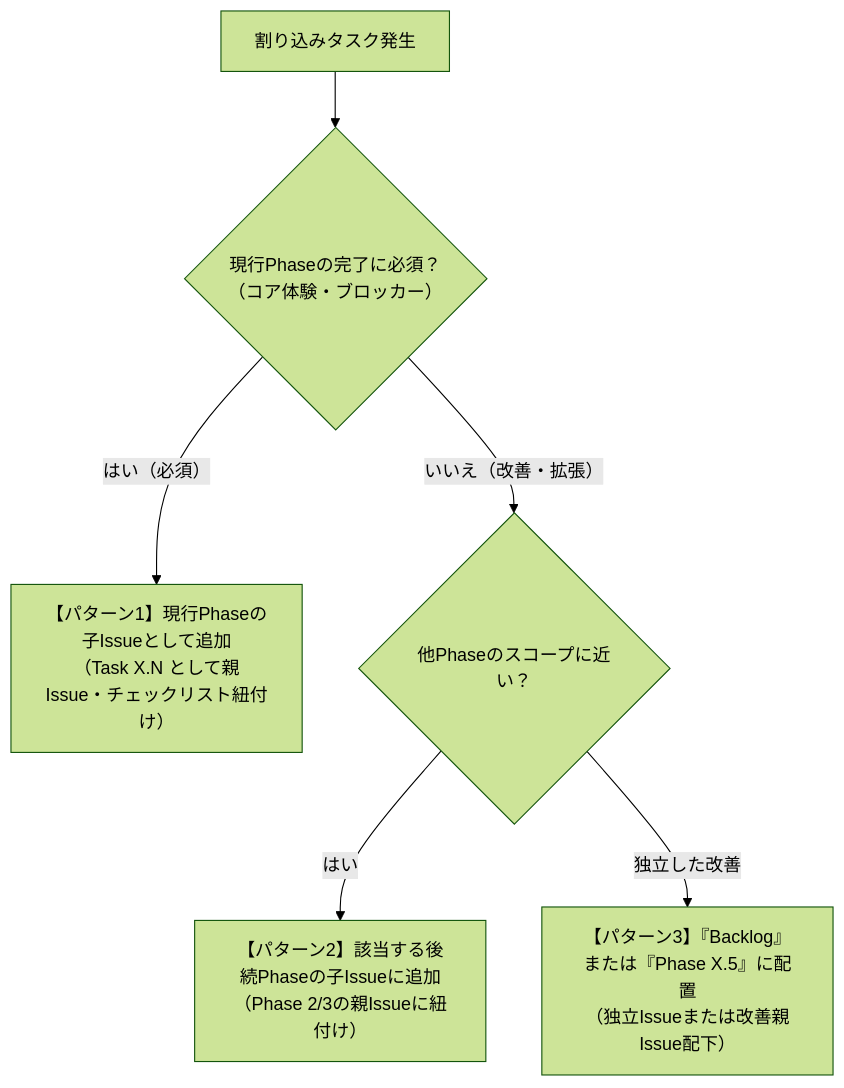
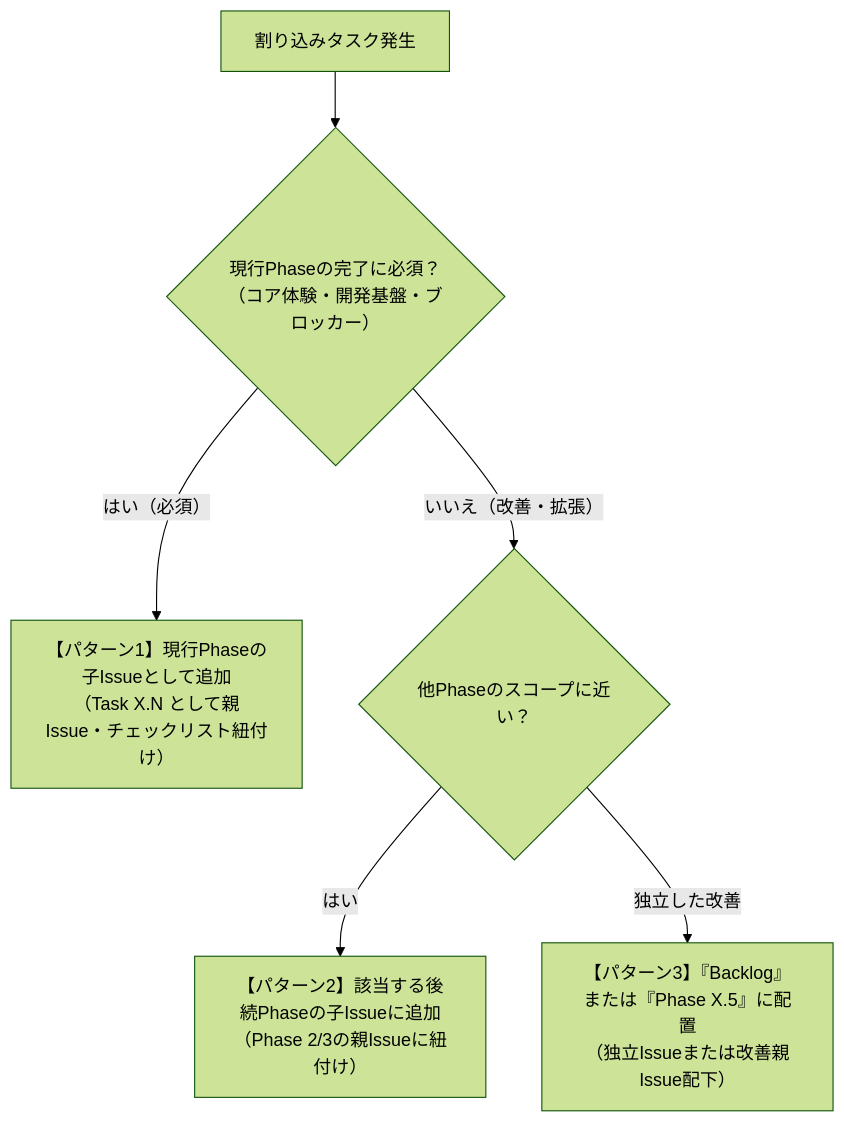
One commit to yharuto0917/capsule-tasks changed the second of 2 diagrams in AGENTS.md. Above: the diagram before and after it, drawn with Mermaid (forest theme). The commit also changed other lines of this file and 9 other files, not shown here.

````diff
--- a/AGENTS.md
+++ b/AGENTS.md
@@ -53,8 +71,8 @@
 ```mermaid
 flowchart TD
-    A["割り込みタスク発生"] --> B{"現行Phaseの完了に必須？<br>（コア体験・ブロッカー）"}
+    A["割り込みタスク発生"] --> B{"現行Phaseの完了に必須？<br>（コア体験・開発基盤・ブロッカー）"}
     B -- "はい（必須）" --> C["【パターン1】現行Phaseの子Issueとして追加<br>（Task X.N として親Issue・チェックリスト紐付け）"]
     B -- "いいえ（改善・拡張）" --> D{"他Phaseのスコープに近い？"}
     D -- "はい" --> E["【パターン2】該当する後続Phaseの子Issueに追加<br>（Phase 2/3の親Issueに紐付け）"]
     D -- "独立した改善" --> F["【パターン3】『Backlog』または『Phase X.5』に配置<br>（独立Issueまたは改善親Issue配下）"]
 ```
````
